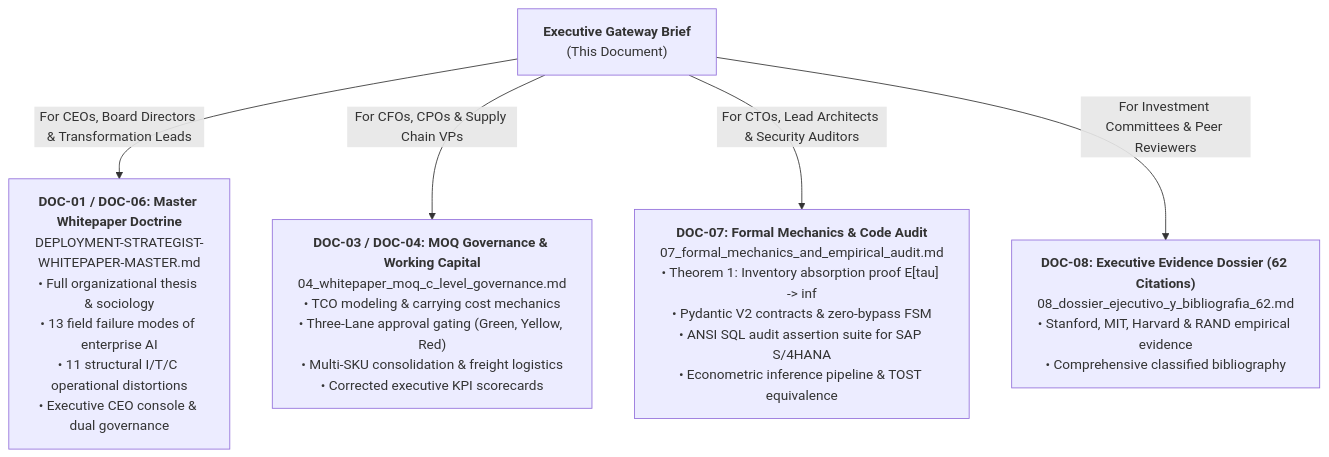
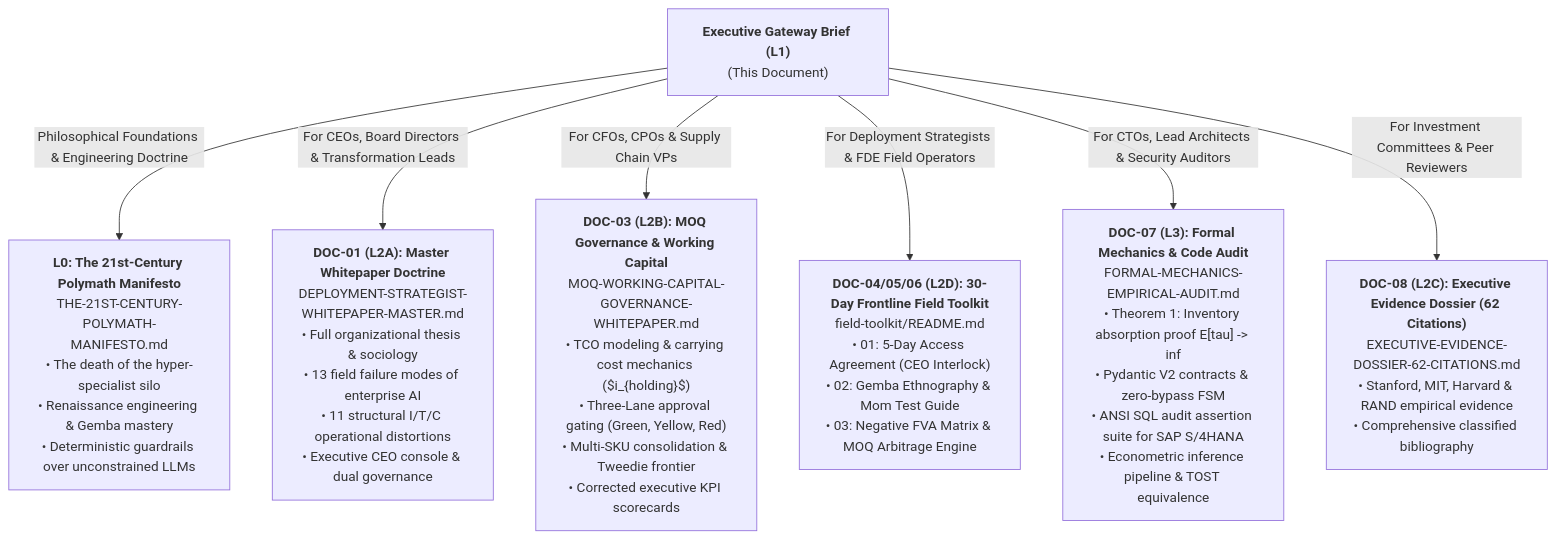
Before and after one commit to esstipi-debug/mellon: the second of 2 diagrams in EXECUTIVE-BRIEF-DEPLOYED-STRATEGIST.md, drawn with Mermaid. The commit also changed other lines of this file and 6 other files, not shown here.

First line of the commit message:
docs(whitepapers): publish complete modular English whitepaper suite (DOC-00 to DOC-08)

````diff
--- a/EXECUTIVE-BRIEF-DEPLOYED-STRATEGIST.md
+++ b/EXECUTIVE-BRIEF-DEPLOYED-STRATEGIST.md
@@ -99,12 +99,16 @@
 ```mermaid
 flowchart TD
-    Gate["<b>Executive Gateway Brief</b><br/>(This Document)"]
+    Gate["<b>Executive Gateway Brief (L1)</b><br/>(This Document)"]
     
-    Gate -->|For CEOs, Board Directors & Transformation Leads| DOC06["<b>DOC-01 / DOC-06: Master Whitepaper Doctrine</b><br/>DEPLOYMENT-STRATEGIST-WHITEPAPER-MASTER.md<br/>• Full organizational thesis & sociology<br/>• 13 field failure modes of enterprise AI<br/>• 11 structural I/T/C operational distortions<br/>• Executive CEO console & dual governance"]
+    Gate -->|Philosophical Foundations & Engineering Doctrine| L0["<b>L0: The 21st-Century Polymath Manifesto</b><br/>THE-21ST-CENTURY-POLYMATH-MANIFESTO.md<br/>• The death of the hyper-specialist silo<br/>• Renaissance engineering & Gemba mastery<br/>• Deterministic guardrails over unconstrained LLMs"]
     
-    Gate -->|For CFOs, CPOs & Supply Chain VPs| DOC04["<b>DOC-03 / DOC-04: MOQ Governance & Working Capital</b><br/>04_whitepaper_moq_c_level_governance.md<br/>• TCO modeling & carrying cost mechanics<br/>• Three-Lane approval gating (Green, Yellow, Red)<br/>• Multi-SKU consolidation & freight logistics<br/>• Corrected executive KPI scorecards"]
+    Gate -->|For CEOs, Board Directors & Transformation Leads| DOC01["<b>DOC-01 (L2A): Master Whitepaper Doctrine</b><br/>DEPLOYMENT-STRATEGIST-WHITEPAPER-MASTER.md<br/>• Full organizational thesis & sociology<br/>• 13 field failure modes of enterprise AI<br/>• 11 structural I/T/C operational distortions<br/>• Executive CEO console & dual governance"]
     
-    Gate -->|For CTOs, Lead Architects & Security Auditors| DOC07["<b>DOC-07: Formal Mechanics & Code Audit</b><br/>07_formal_mechanics_and_empirical_audit.md<br/>• Theorem 1: Inventory absorption proof E[tau] -> inf<br/>• Pydantic V2 contracts & zero-bypass FSM<br/>• ANSI SQL audit assertion suite for SAP S/4HANA<br/>• Econometric inference pipeline & TOST equivalence"]
+    Gate -->|For CFOs, CPOs & Supply Chain VPs| DOC03["<b>DOC-03 (L2B): MOQ Governance & Working Capital</b><br/>MOQ-WORKING-CAPITAL-GOVERNANCE-WHITEPAPER.md<br/>• TCO modeling & carrying cost mechanics ($i_{holding}$)<br/>• Three-Lane approval gating (Green, Yellow, Red)<br/>• Multi-SKU consolidation & Tweedie frontier<br/>• Corrected executive KPI scorecards"]
     
-    Gate -->|For Investment Committees & Peer Reviewers| DOC08["<b>DOC-08: Executive Evidence Dossier (62 Citations)</b><br/>08_dossier_ejecutivo_y_bibliografia_62.md<br/>• Stanford, MIT, Harvard & RAND empirical evidence<br/>• Comprehensive classified bibliography"]
+    Gate -->|For Deployment Strategists & FDE Field Operators| L2D["<b>DOC-04/05/06 (L2D): 30-Day Frontline Field Toolkit</b><br/>field-toolkit/README.md<br/>• 01: 5-Day Access Agreement (CEO Interlock)<br/>• 02: Gemba Ethnography & Mom Test Guide<br/>• 03: Negative FVA Matrix & MOQ Arbitrage Engine"]
+    
+    Gate -->|For CTOs, Lead Architects & Security Auditors| DOC07["<b>DOC-07 (L3): Formal Mechanics & Code Audit</b><br/>FORMAL-MECHANICS-EMPIRICAL-AUDIT.md<br/>• Theorem 1: Inventory absorption proof E[tau] -> inf<br/>• Pydantic V2 contracts & zero-bypass FSM<br/>• ANSI SQL audit assertion suite for SAP S/4HANA<br/>• Econometric inference pipeline & TOST equivalence"]
+    
+    Gate -->|For Investment Committees & Peer Reviewers| DOC08["<b>DOC-08 (L2C): Executive Evidence Dossier (62 Citations)</b><br/>EXECUTIVE-EVIDENCE-DOSSIER-62-CITATIONS.md<br/>• Stanford, MIT, Harvard & RAND empirical evidence<br/>• Comprehensive classified bibliography"]
 ```
````
